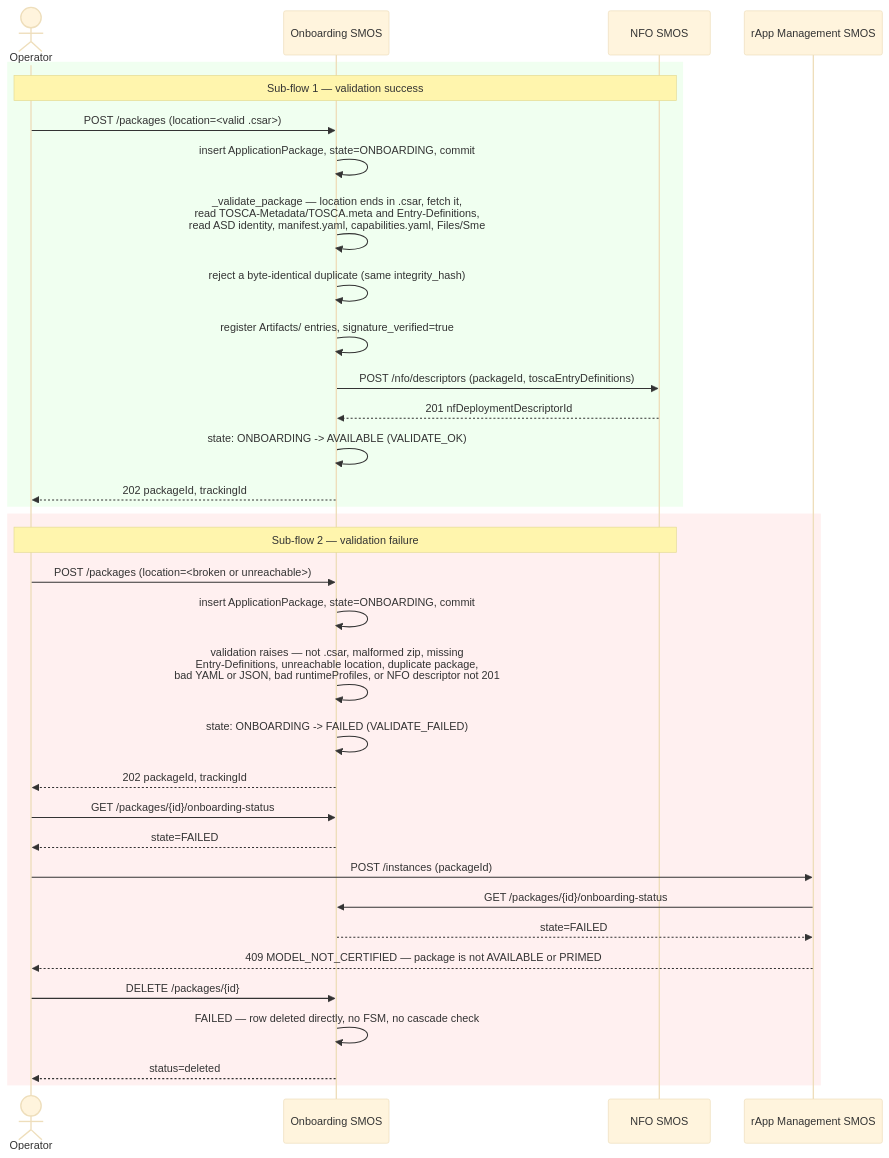
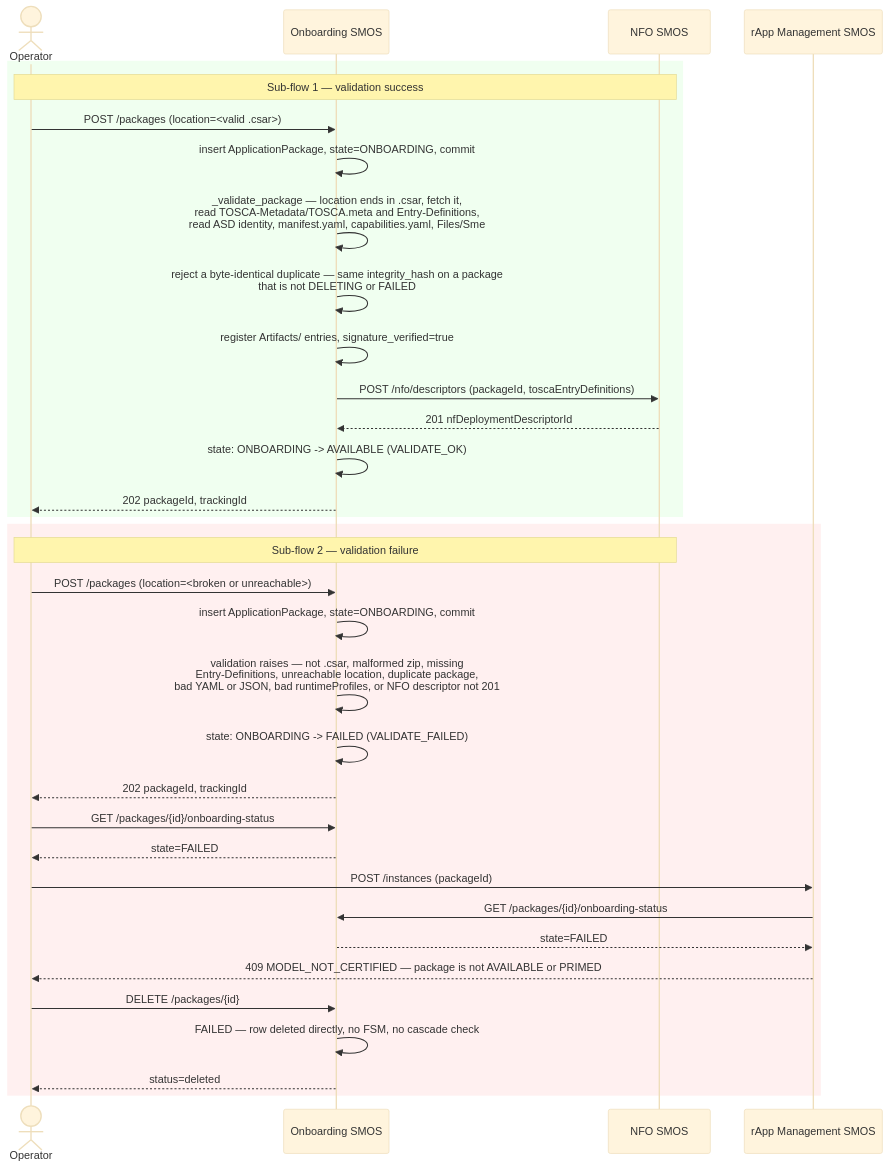
Before and after one commit to rsys-bshankar/ai-ran-ref: the first of 3 diagrams in smo/docs/call-flows/06-package-lifecycle.md, drawn with Mermaid (base theme). The commit also changed other lines of this file and 46 other files, not shown here.

````diff
--- a/smo/docs/call-flows/06-package-lifecycle.md
+++ b/smo/docs/call-flows/06-package-lifecycle.md
@@ -41,38 +51,38 @@
 ```mermaid
 sequenceDiagram
     actor Operator
     participant Onb as Onboarding SMOS
     participant NFO as NFO SMOS
     participant Rapp as rApp Management SMOS
 
     rect rgb(240, 255, 240)
     Note over Operator,NFO: Sub-flow 1 — validation success
     Operator->>Onb: POST /packages (location=<valid .csar>)
     Onb->>Onb: insert ApplicationPackage, state=ONBOARDING, commit
     Onb->>Onb: _validate_package — location ends in .csar, fetch it,<br/>read TOSCA-Metadata/TOSCA.meta and Entry-Definitions,<br/>read ASD identity, manifest.yaml, capabilities.yaml, Files/Sme
-    Onb->>Onb: reject a byte-identical duplicate (same integrity_hash)
+    Onb->>Onb: reject a byte-identical duplicate — same integrity_hash on a package<br/>that is not DELETING or FAILED
     Onb->>Onb: register Artifacts/ entries, signature_verified=true
     Onb->>NFO: POST /nfo/descriptors (packageId, toscaEntryDefinitions)
     NFO-->>Onb: 201 nfDeploymentDescriptorId
     Onb->>Onb: state: ONBOARDING -> AVAILABLE (VALIDATE_OK)
     Onb-->>Operator: 202 packageId, trackingId
     end
 
     rect rgb(255, 240, 240)
     Note over Operator,NFO: Sub-flow 2 — validation failure
     Operator->>Onb: POST /packages (location=<broken or unreachable>)
     Onb->>Onb: insert ApplicationPackage, state=ONBOARDING, commit
     Onb->>Onb: validation raises — not .csar, malformed zip, missing<br/>Entry-Definitions, unreachable location, duplicate package,<br/>bad YAML or JSON, bad runtimeProfiles, or NFO descriptor not 201
     Onb->>Onb: state: ONBOARDING -> FAILED (VALIDATE_FAILED)
     Onb-->>Operator: 202 packageId, trackingId
     Operator->>Onb: GET /packages/{id}/onboarding-status
     Onb-->>Operator: state=FAILED
     Operator->>Rapp: POST /instances (packageId)
     Rapp->>Onb: GET /packages/{id}/onboarding-status
     Onb-->>Rapp: state=FAILED
     Rapp-->>Operator: 409 MODEL_NOT_CERTIFIED — package is not AVAILABLE or PRIMED
     Operator->>Onb: DELETE /packages/{id}
     Onb->>Onb: FAILED — row deleted directly, no FSM, no cascade check
     Onb-->>Operator: status=deleted
     end
 ```
````
